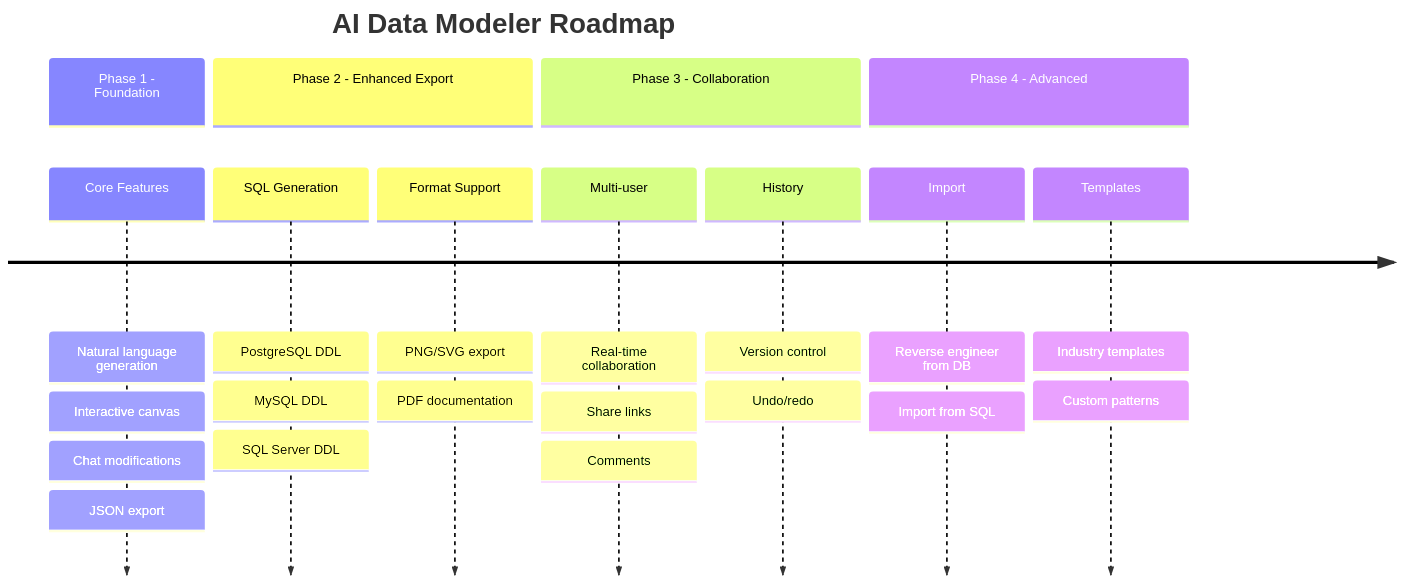
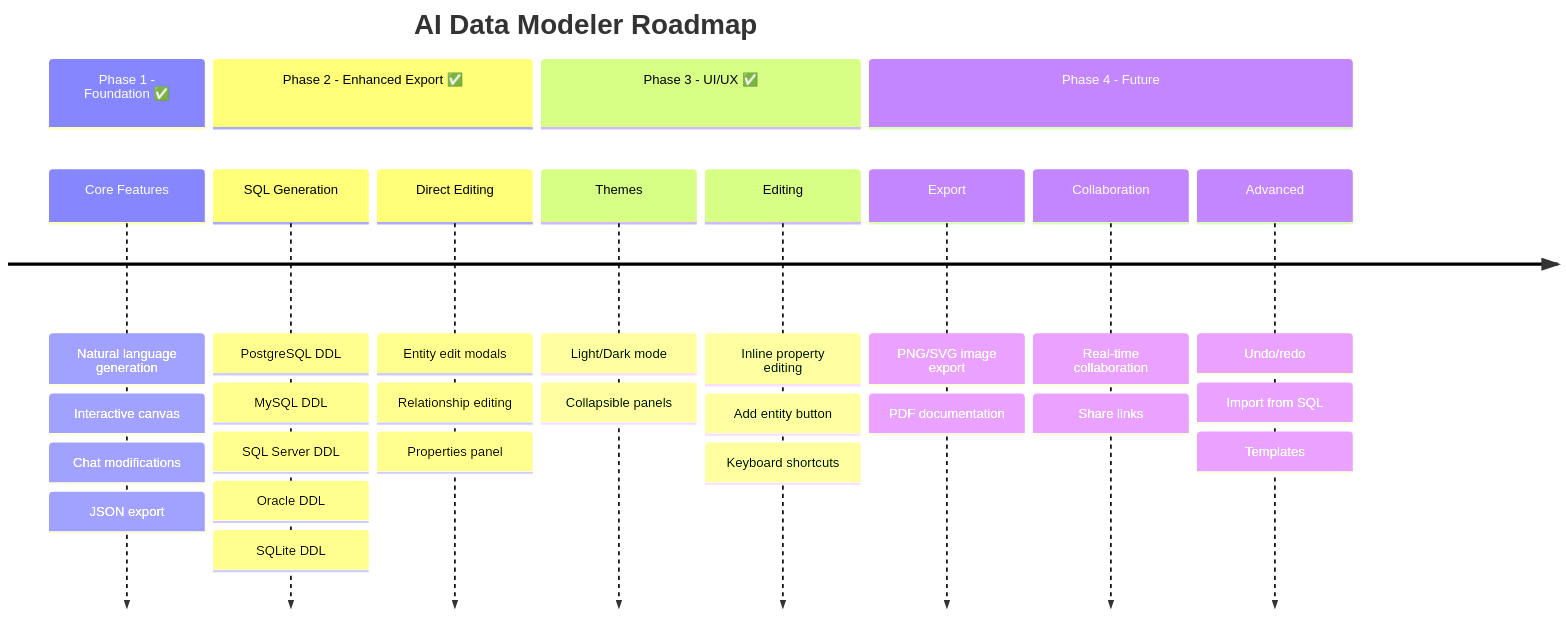
One commit to pandeyraunak007/ai-data-modeler changed diagram 14 of 15 in Guide.md. Above: the diagram before and after it, drawn with Mermaid. The commit also changed other lines of this file and 1 other file, not shown here.

````diff
--- a/Guide.md
+++ b/Guide.md
@@ -566,30 +658,36 @@
 ```mermaid
 timeline
     title AI Data Modeler Roadmap
 
-    section Phase 1 - Foundation
+    section Phase 1 - Foundation ✅
         Core Features : Natural language generation
                       : Interactive canvas
                       : Chat modifications
                       : JSON export
 
-    section Phase 2 - Enhanced Export
+    section Phase 2 - Enhanced Export ✅
         SQL Generation : PostgreSQL DDL
                        : MySQL DDL
                        : SQL Server DDL
-        Format Support : PNG/SVG export
-                       : PDF documentation
+                       : Oracle DDL
+                       : SQLite DDL
+        Direct Editing : Entity edit modals
+                       : Relationship editing
+                       : Properties panel
 
-    section Phase 3 - Collaboration
-        Multi-user : Real-time collaboration
-                   : Share links
-                   : Comments
-        History    : Version control
-                   : Undo/redo
+    section Phase 3 - UI/UX ✅
+        Themes     : Light/Dark mode
+                   : Collapsible panels
+        Editing    : Inline property editing
+                   : Add entity button
+                   : Keyboard shortcuts
 
-    section Phase 4 - Advanced
-        Import     : Reverse engineer from DB
+    section Phase 4 - Future
+        Export     : PNG/SVG image export
+                   : PDF documentation
+        Collaboration : Real-time collaboration
+                      : Share links
+        Advanced   : Undo/redo
                    : Import from SQL
-        Templates  : Industry templates
-                   : Custom patterns
+                   : Templates
 ```
````
